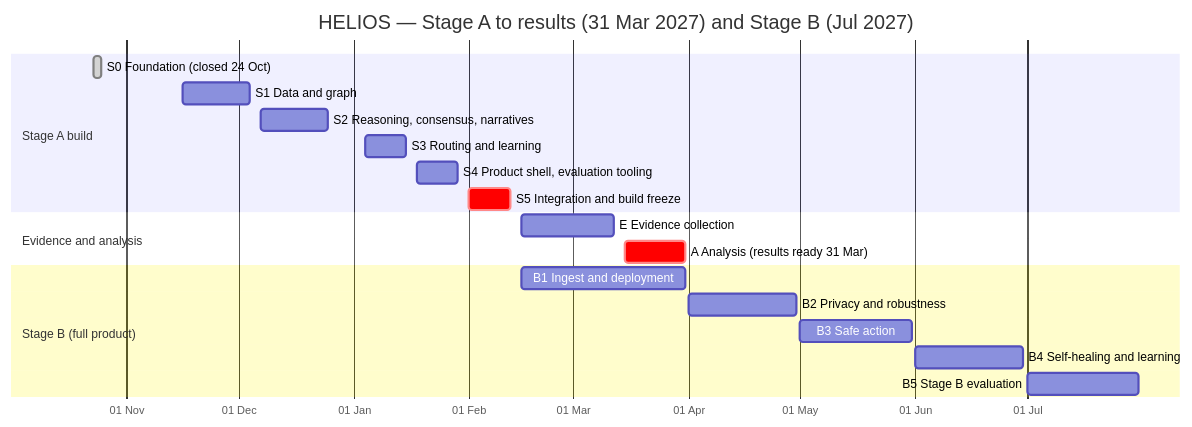
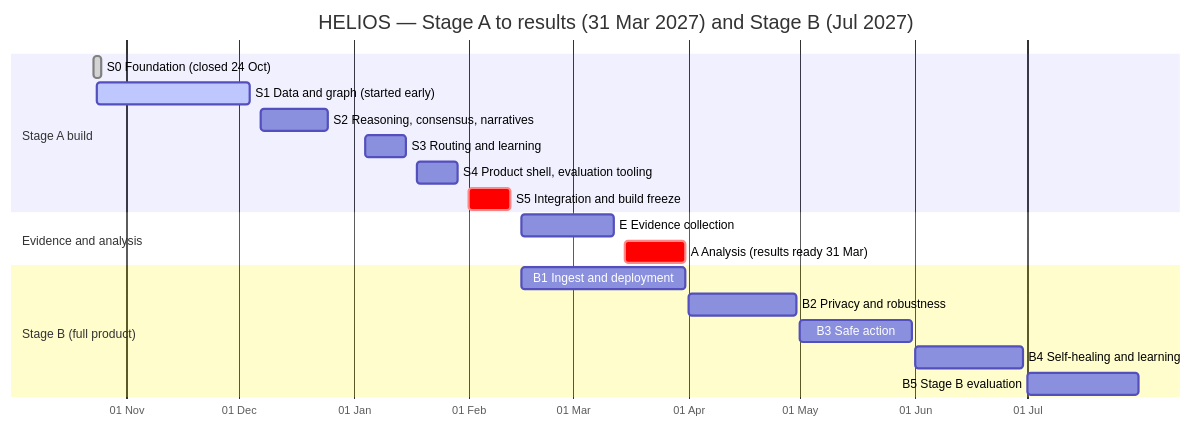
Before and after one commit to akshayadik/helios-mvp: the first of 2 diagrams in docs/tracking/dashboard.md, drawn with Mermaid. The commit also changed other lines of this file and 2 other files, not shown here.

Commit message:
docs(sprints): S1 started early on 2026-10-24 (owner); plan, sprint index and dashboard updated
Claude-Session: https://claude.ai/code/session_01DcV7FSzUig1rnUGJdA1H9z

````diff
--- a/docs/tracking/dashboard.md
+++ b/docs/tracking/dashboard.md
@@ -11,25 +11,25 @@
 ```mermaid
 gantt
     title HELIOS — Stage A to results (31 Mar 2027) and Stage B (Jul 2027)
     dateFormat YYYY-MM-DD
     axisFormat %d %b
 
     section Stage A build
     S0 Foundation (closed 24 Oct)        :done, s0, 2026-10-23, 2d
-    S1 Data and graph                    :s1, 2026-11-16, 2026-12-04
+    S1 Data and graph (started early)    :active, s1, 2026-10-24, 2026-12-04
     S2 Reasoning, consensus, narratives  :s2, 2026-12-07, 2026-12-25
     S3 Routing and learning              :s3, 2027-01-04, 2027-01-15
     S4 Product shell, evaluation tooling :s4, 2027-01-18, 2027-01-29
     S5 Integration and build freeze      :crit, s5, 2027-02-01, 2027-02-12
 
     section Evidence and analysis
     E Evidence collection                :e, 2027-02-15, 2027-03-12
     A Analysis (results ready 31 Mar)    :crit, a, 2027-03-15, 2027-03-31
 
     section Stage B (full product)
     B1 Ingest and deployment             :b1, 2027-02-15, 2027-03-31
     B2 Privacy and robustness            :b2, 2027-04-01, 2027-04-30
     B3 Safe action                       :b3, 2027-05-01, 2027-05-31
     B4 Self-healing and learning         :b4, 2027-06-01, 2027-06-30
     B5 Stage B evaluation                :b5, 2027-07-01, 2027-07-31
 ```
````
